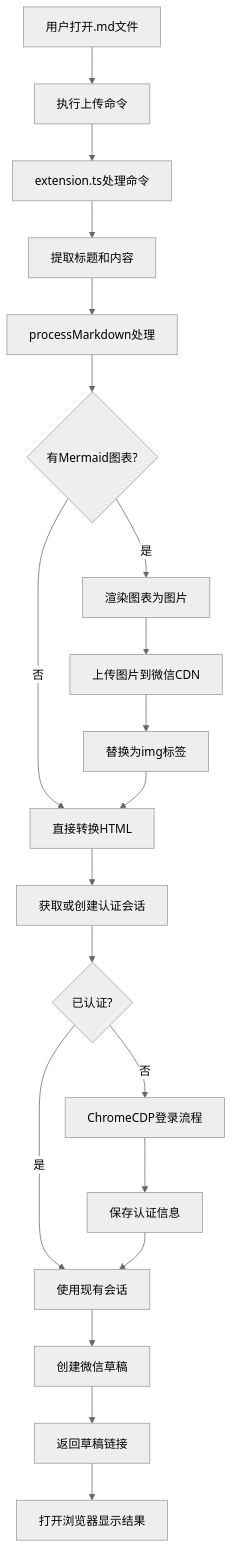
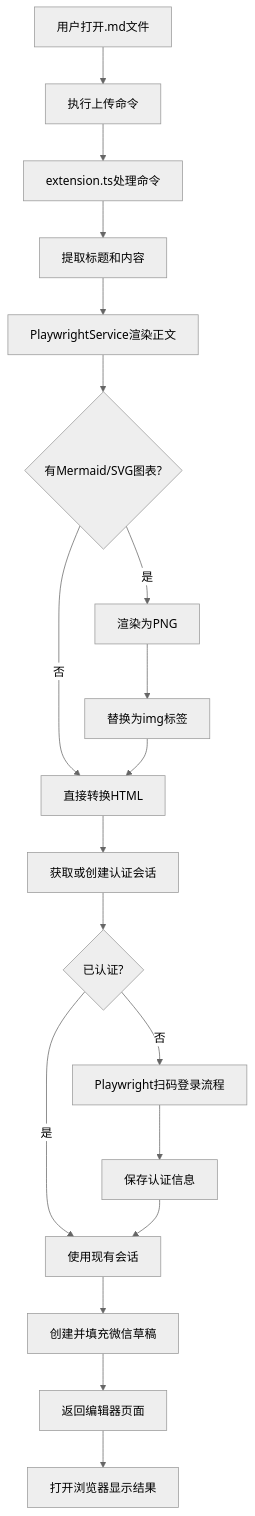
Before and after one commit to cygnusyang/wechatpost: the fifth of 7 diagrams in docs/architecture.md, drawn with Mermaid (neutral theme). The commit also changed other lines of this file and 8 other files, not shown here.

````diff
--- a/docs/architecture.md
+++ b/docs/architecture.md
@@ -199,22 +171,21 @@
 ```mermaid
 graph TD
     A[用户打开.md文件] --> B[执行上传命令]
     B --> C[extension.ts处理命令]
     C --> D[提取标题和内容]
-    D --> E[processMarkdown处理]
-    E --> F{有Mermaid图表?}
-    F -->|是| G[渲染图表为图片]
-    G --> H[上传图片到微信CDN]
-    H --> I[替换为img标签]
+    D --> E[PlaywrightService渲染正文]
+    E --> F{有Mermaid/SVG图表?}
+    F -->|是| G[渲染为PNG]
+    G --> I[替换为img标签]
     F -->|否| J[直接转换HTML]
     I --> J
     J --> K[获取或创建认证会话]
     K --> L{已认证?}
-    L -->|否| M[ChromeCDP登录流程]
+    L -->|否| M[Playwright扫码登录流程]
     M --> N[保存认证信息]
     L -->|是| O[使用现有会话]
     N --> O
-    O --> P[创建微信草稿]
-    P --> Q[返回草稿链接]
+    O --> P[创建并填充微信草稿]
+    P --> Q[返回编辑器页面]
     Q --> R[打开浏览器显示结果]
 ```
````
